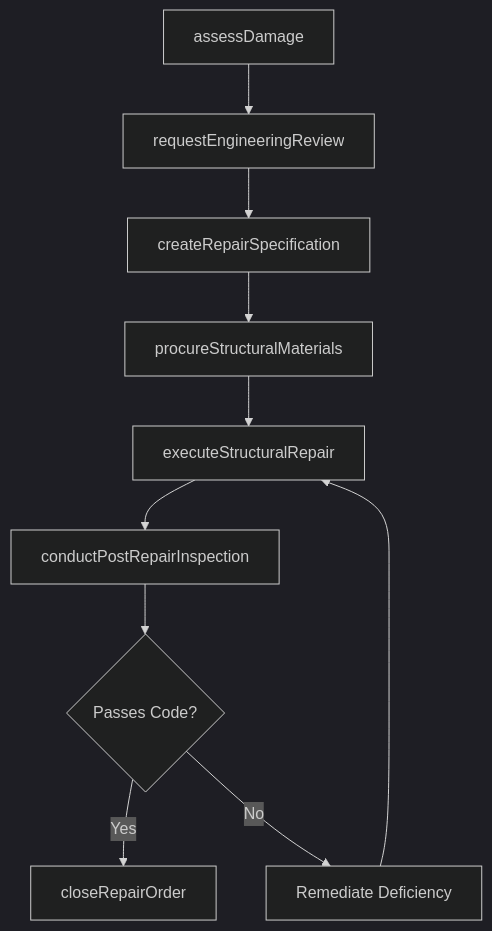
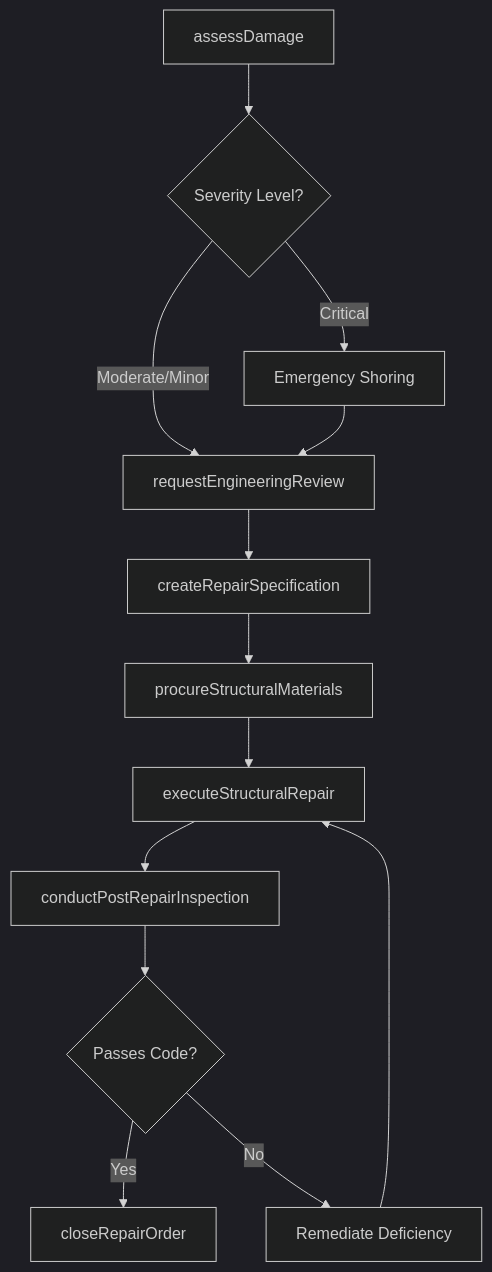
One commit to dot-org-ai/tasks.org.ai changed the third of 4 diagrams in RepairingAndMaintainingMechanicalEquipment/MaintainFacilitiesOrEquipment/RepairStructuralComponents.mdx. Above: the diagram before and after it, drawn with Mermaid (dark theme). The commit also changed other lines of this file and 504 other files, not shown here.

First line of the commit message:
feat: Add ER diagrams, state diagrams, and workflow improvements to 96 DWA task files

````diff
--- a/RepairingAndMaintainingMechanicalEquipment/MaintainFacilitiesOrEquipment/RepairStructuralComponents.mdx
+++ b/RepairingAndMaintainingMechanicalEquipment/MaintainFacilitiesOrEquipment/RepairStructuralComponents.mdx
@@ -86,12 +115,15 @@
 ```mermaid
 graph TD
-    A[assessDamage] --> B[requestEngineeringReview]
-    B --> C[createRepairSpecification]
-    C --> D[procureStructuralMaterials]
-    D --> E[executeStructuralRepair]
-    E --> F[conductPostRepairInspection]
-    F --> G{Passes Code?}
-    G -->|Yes| H[closeRepairOrder]
-    G -->|No| I[Remediate Deficiency]
-    I --> E
+    A[assessDamage] --> B{Severity Level?}
+    B -->|Critical| C[Emergency Shoring]
+    B -->|Moderate/Minor| D[requestEngineeringReview]
+    C --> D
+    D --> E[createRepairSpecification]
+    E --> F[procureStructuralMaterials]
+    F --> G[executeStructuralRepair]
+    G --> H[conductPostRepairInspection]
+    H --> I{Passes Code?}
+    I -->|Yes| J[closeRepairOrder]
+    I -->|No| K[Remediate Deficiency]
+    K --> G
 ```
````
